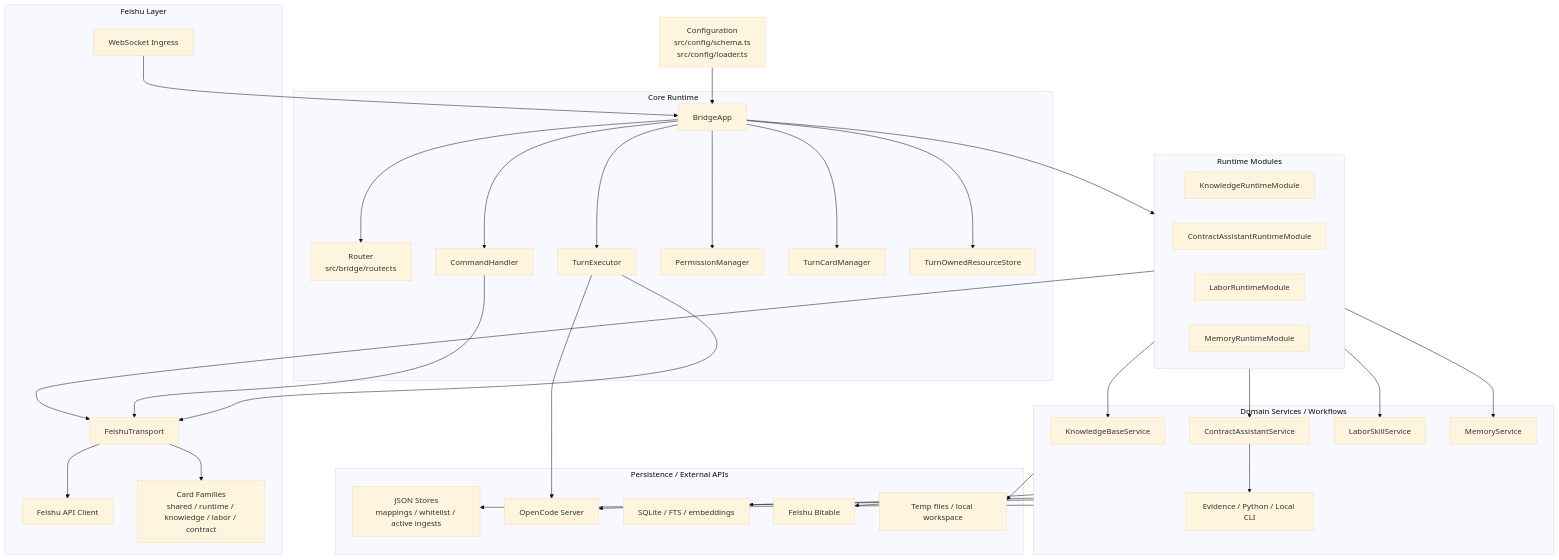
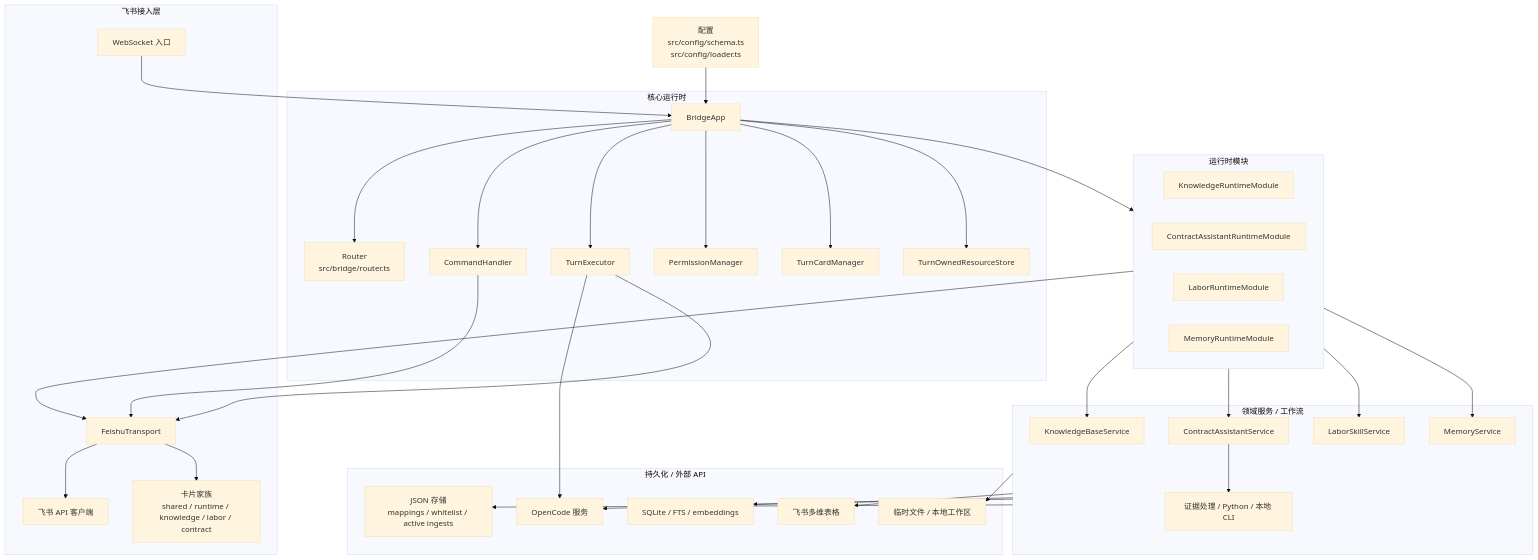
Before and after one commit to Clukay-Fun/feishu-opencode-bridge: the second of 2 diagrams in README.md, drawn with Mermaid (base theme). The commit also changed other lines of this file and 3 other files, not shown here.

````diff
--- a/README.md
+++ b/README.md
@@ -82,72 +82,72 @@
 ```mermaid
 flowchart TB
-    config["Configuration<br/>src/config/schema.ts<br/>src/config/loader.ts"]
+    config["配置<br/>src/config/schema.ts<br/>src/config/loader.ts"]
 
-    subgraph feishu["Feishu Layer"]
-      ws["WebSocket Ingress"]
-      api["Feishu API Client"]
+    subgraph feishu["飞书接入层"]
+      ws["WebSocket 入口"]
+      api["飞书 API 客户端"]
       transport["FeishuTransport"]
-      cardFamilies["Card Families<br/>shared / runtime / knowledge / labor / contract"]
+      cardFamilies["卡片家族<br/>shared / runtime / knowledge / labor / contract"]
     end
 
-    subgraph core["Core Runtime"]
+    subgraph core["核心运行时"]
       app["BridgeApp"]
       router["Router<br/>src/bridge/router.ts"]
       command["CommandHandler"]
       executor["TurnExecutor"]
       permission["PermissionManager"]
       turnCards["TurnCardManager"]
       resources["TurnOwnedResourceStore"]
     end
 
-    subgraph modules["Runtime Modules"]
+    subgraph modules["运行时模块"]
       knowledgeModule["KnowledgeRuntimeModule"]
       contractModule["ContractAssistantRuntimeModule"]
       laborModule["LaborRuntimeModule"]
       memoryModule["MemoryRuntimeModule"]
     end
 
-    subgraph services["Domain Services / Workflows"]
+    subgraph services["领域服务 / 工作流"]
       knowledge["KnowledgeBaseService"]
       contract["ContractAssistantService"]
       labor["LaborSkillService"]
       memory["MemoryService"]
-      workflow["Evidence / Python / Local CLI"]
+      workflow["证据处理 / Python / 本地 CLI"]
     end
 
-    subgraph persistence["Persistence / External APIs"]
-      json["JSON Stores<br/>mappings / whitelist / active ingests"]
+    subgraph persistence["持久化 / 外部 API"]
+      json["JSON 存储<br/>mappings / whitelist / active ingests"]
       sqlite["SQLite / FTS / embeddings"]
-      bitable["Feishu Bitable"]
-      files["Temp files / local workspace"]
-      opencode["OpenCode Server"]
+      bitable["飞书多维表格"]
+      files["临时文件 / 本地工作区"]
+      opencode["OpenCode 服务"]
     end
 
     config --> app
     ws --> app
     app --> router
     app --> command
     app --> executor
     app --> permission
     app --> turnCards
     app --> resources
     app --> modules
 
     command --> transport
     executor --> opencode
     executor --> transport
     modules --> transport
     transport --> api
     transport --> cardFamilies
 
     modules --> knowledge
     modules --> contract
     modules --> labor
     modules --> memory
     services --> json
     services --> sqlite
     services --> bitable
     services --> files
     services --> opencode
     contract --> workflow
 ```
````
